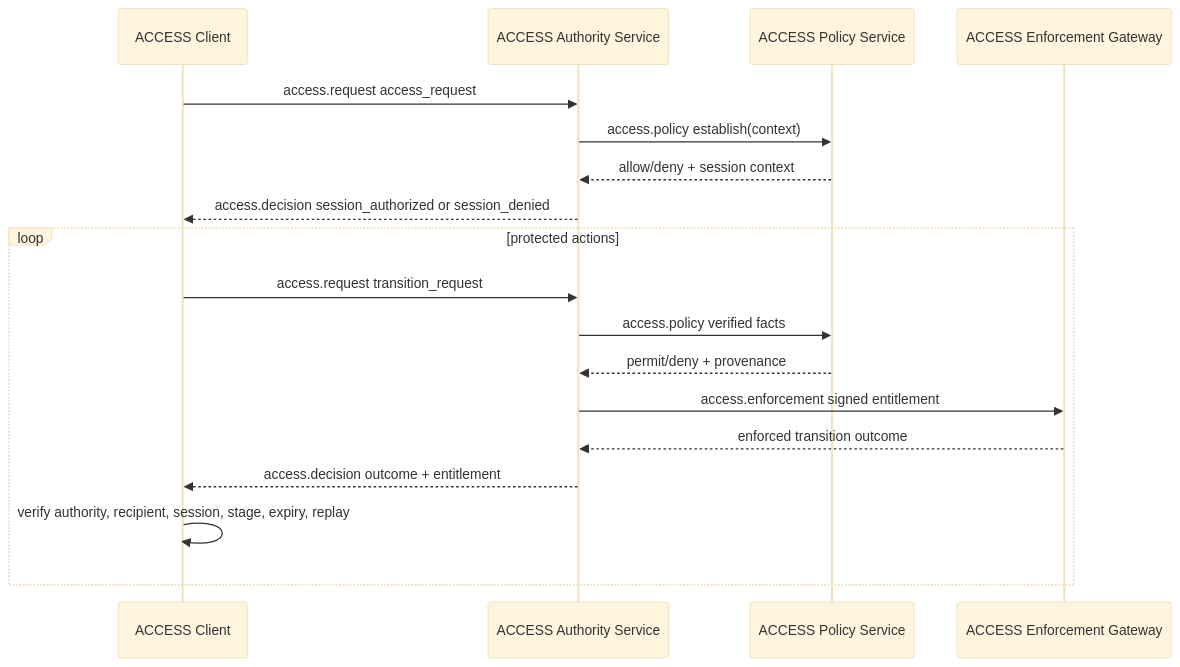
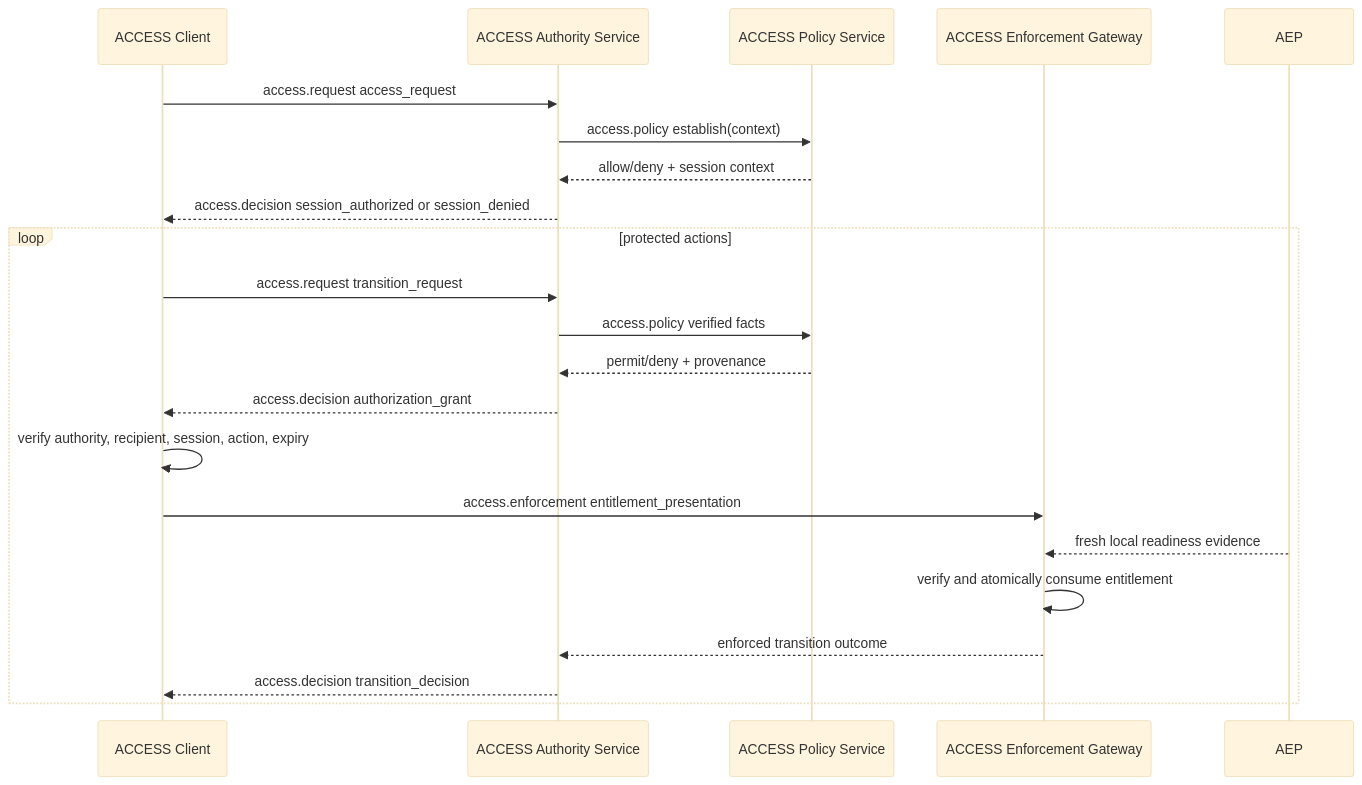
The diagram in docs/access-protocol-flows.md (dboulet01/access), drawn with Mermaid (base theme) before and after one commit. The commit also changed other lines of this file and 5 other files, not shown here.

Commit message:
docs(access): align client-held entitlement flow

````diff
--- a/docs/access-protocol-flows.md
+++ b/docs/access-protocol-flows.md
@@ -55,22 +57,25 @@
 ```mermaid
 sequenceDiagram
   participant AC as ACCESS Client
   participant AAS as ACCESS Authority Service
   participant APS as ACCESS Policy Service
   participant AEG as ACCESS Enforcement Gateway
 
   AC->>AAS: access.request access_request
   AAS->>APS: access.policy establish(context)
   APS-->>AAS: allow/deny + session context
   AAS-->>AC: access.decision session_authorized or session_denied
 
   loop protected actions
     AC->>AAS: access.request transition_request
     AAS->>APS: access.policy verified facts
     APS-->>AAS: permit/deny + provenance
-    AAS->>AEG: access.enforcement signed entitlement
+    AAS-->>AC: access.decision authorization_grant
+    AC->>AC: verify authority, recipient, session, action, expiry
+    AC->>AEG: access.enforcement entitlement_presentation
+    AEP-->>AEG: fresh local readiness evidence
+    AEG->>AEG: verify and atomically consume entitlement
     AEG-->>AAS: enforced transition outcome
-    AAS-->>AC: access.decision outcome + entitlement
-    AC->>AC: verify authority, recipient, session, stage, expiry, replay
+    AAS-->>AC: access.decision transition_decision
   end
 ```
````
